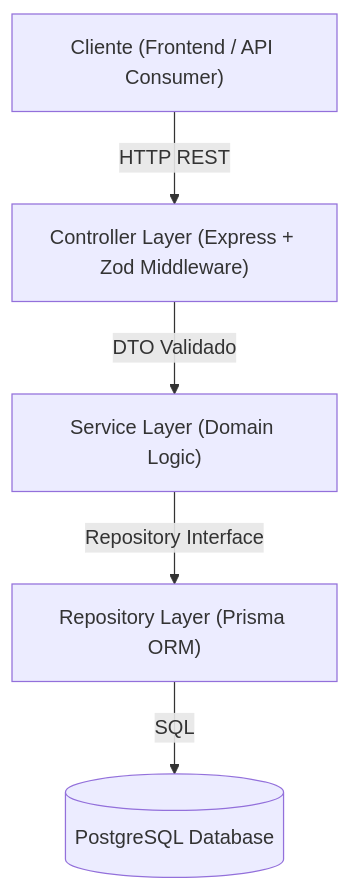
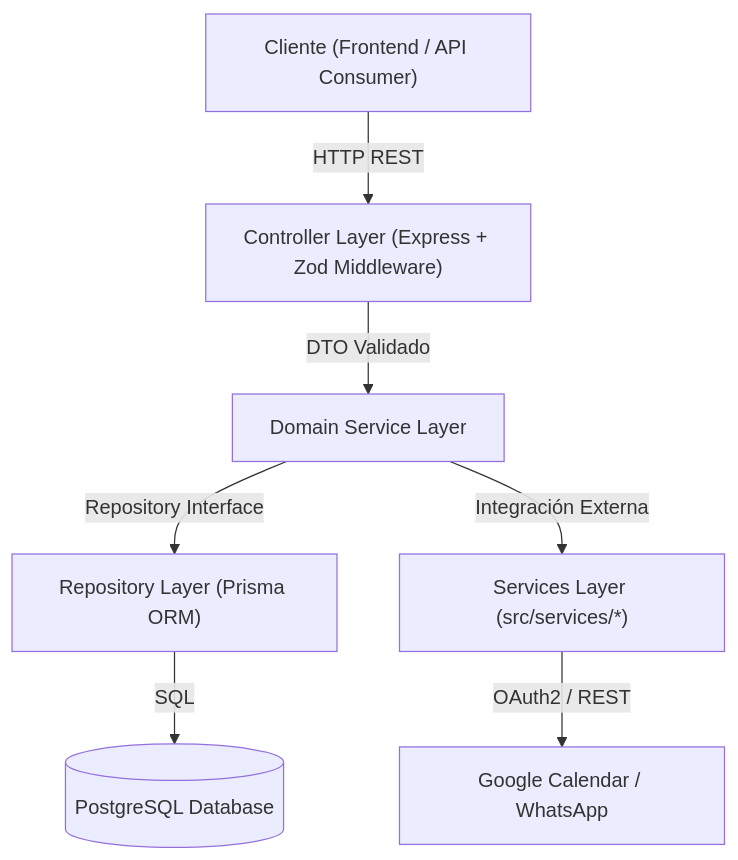
One commit to moka-web/Callvu_Agenda changed the diagram in README.md. Above: the diagram before and after it, drawn with Mermaid. The commit also changed other lines of this file and 11 other files, not shown here.

Commit message:
feat(services): implement whatsapp business api webhook and messaging service with TDD

````diff
--- a/README.md
+++ b/README.md
@@ -15,7 +16,9 @@
 ```mermaid
 graph TD
     Client["Cliente (Frontend / API Consumer)"] -->|HTTP REST| Controller["Controller Layer (Express + Zod Middleware)"]
-    Controller -->|DTO Validado| Service["Service Layer (Domain Logic)"]
+    Controller -->|DTO Validado| Service["Domain Service Layer"]
     Service -->|Repository Interface| Repository["Repository Layer (Prisma ORM)"]
+    Service -->|Integración Externa| ExtService["Services Layer (src/services/*)"]
     Repository -->|SQL| Database[(PostgreSQL Database)]
+    ExtService -->|OAuth2 / REST| External["Google Calendar / WhatsApp"]
 ```
````
